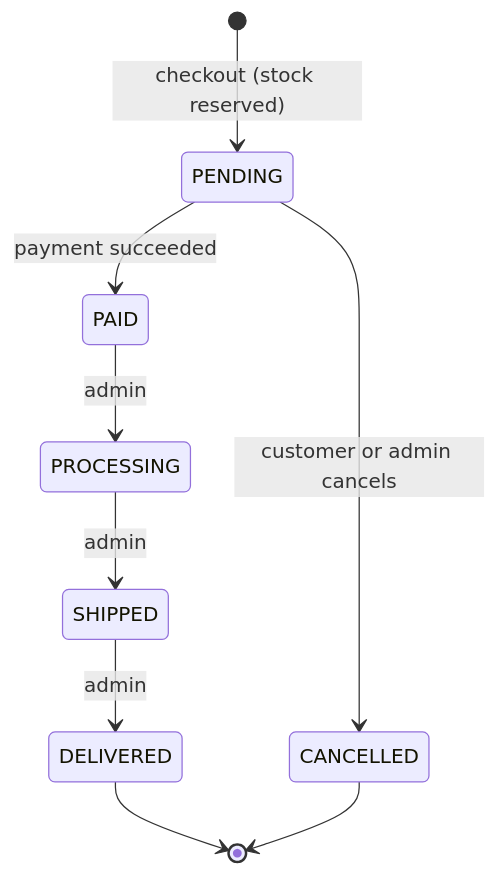
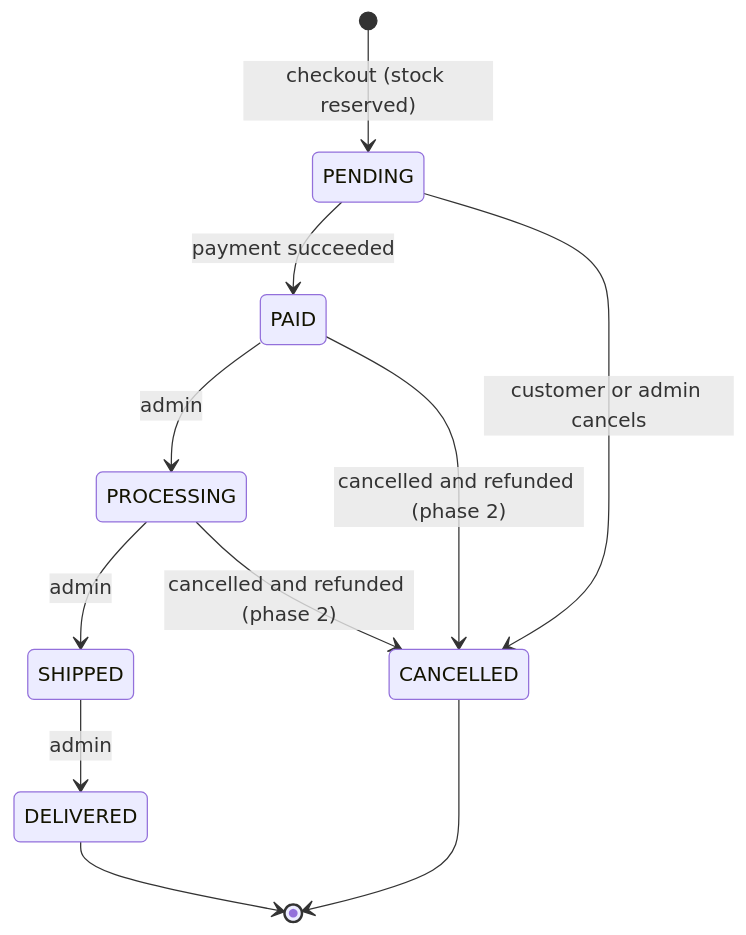
One commit to Aryankanani1/shopping-cart-spring-security changed the second of 6 diagrams in docs/payment-design.md. Above: the diagram before and after it, drawn with Mermaid. The commit also changed other lines of this file, not shown here.

First line of the commit message:
docs(payment): design refunds (phase 2)

````diff
--- a/docs/payment-design.md
+++ b/docs/payment-design.md
@@ -71,11 +71,13 @@
 ```mermaid
 stateDiagram-v2
     [*] --> PENDING: checkout (stock reserved)
     PENDING --> PAID: payment succeeded
     PENDING --> CANCELLED: customer or admin cancels
     PAID --> PROCESSING: admin
+    PAID --> CANCELLED: cancelled and refunded (phase 2)
     PROCESSING --> SHIPPED: admin
+    PROCESSING --> CANCELLED: cancelled and refunded (phase 2)
     SHIPPED --> DELIVERED: admin
     DELIVERED --> [*]
     CANCELLED --> [*]
 ```
````
